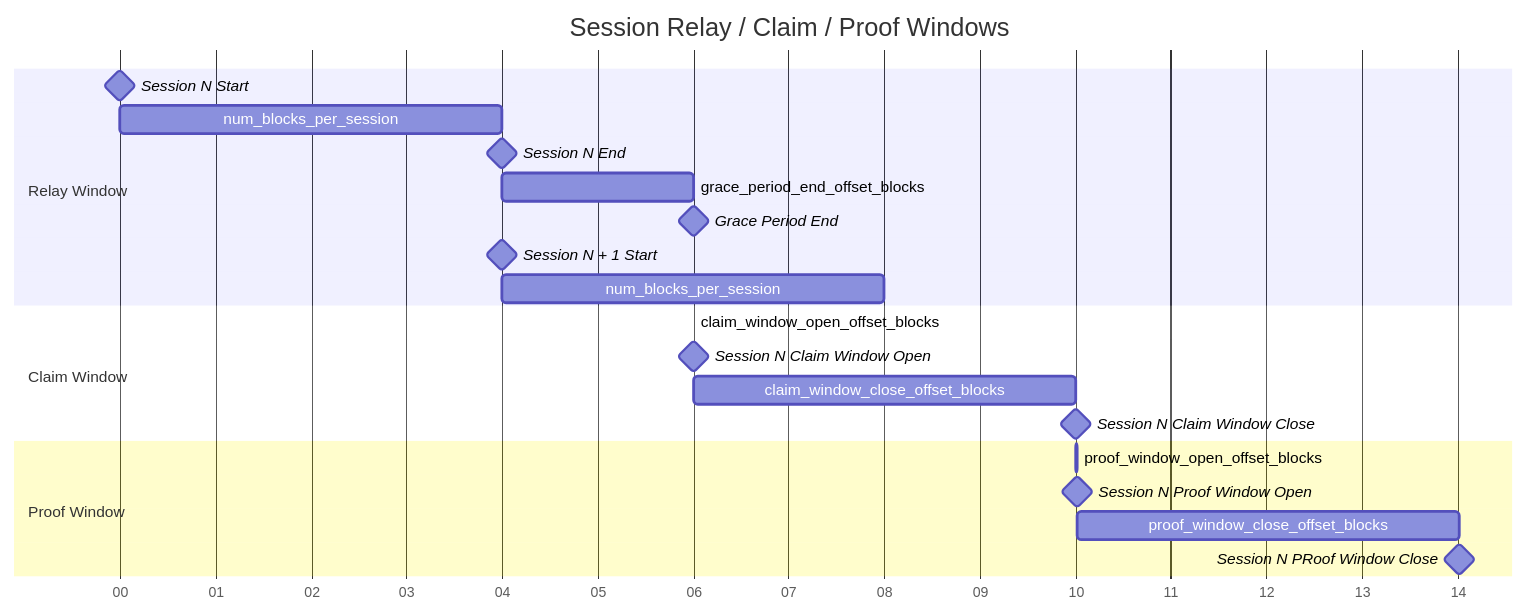
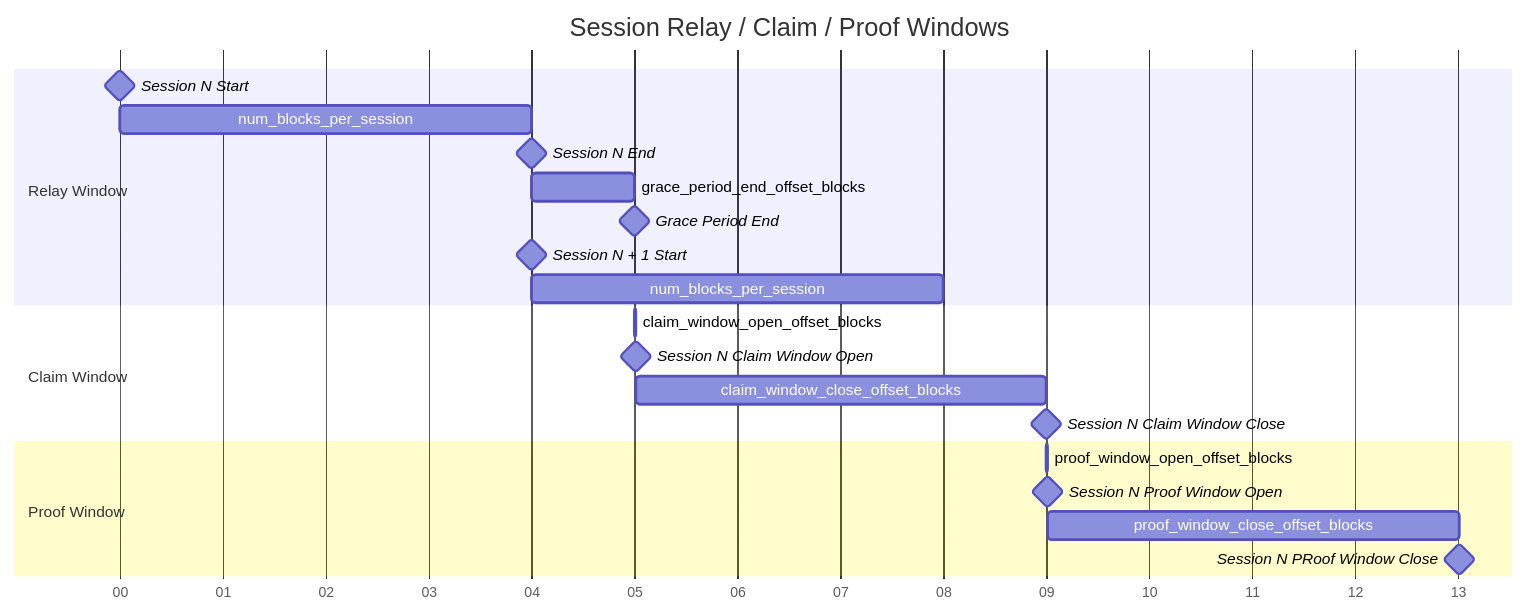
Before and after one commit to pokt-network/poktroll: the second of 17 diagrams in docusaurus/docs/protocol/primitives/claim_and_proof_lifecycle.md, drawn with Mermaid. The commit also changed other lines of this file, not shown here.

Commit message:
chore: review feedback improvements

````diff
--- a/docusaurus/docs/protocol/primitives/claim_and_proof_lifecycle.md
+++ b/docusaurus/docs/protocol/primitives/claim_and_proof_lifecycle.md
@@ -86,27 +86,27 @@
 ```mermaid
 gantt
     title Session Relay / Claim / Proof Windows
     dateFormat ss
     axisFormat %S
     tickInterval 1second
 
     section Relay Window
         Session N Start: milestone, sns, 00, 0s
         num_blocks_per_session: nbps, 00, 4s
         Session N End: milestone, sne, after nbps, 0s
-        grace_period_end_offset_blocks: gpof, after sne, 2s
+        grace_period_end_offset_blocks: gpof, after sne, 1s
         Grace Period End: milestone, gpe, after gpof, 0s
         Session N + 1 Start: milestone, sns1, after sne, 0s
         num_blocks_per_session: nbps2, after sns1, 4s
     section Claim Window
         claim_window_open_offset_blocks: cwob, after gpe, 10ms
         Session N Claim Window Open: milestone, cwo, after cwob, 0s
         claim_window_close_offset_blocks: cwcb, after cwo, 4s
         Session N Claim Window Close: milestone, cwc, after cwcb, 0s
     section Proof Window
         proof_window_open_offset_blocks: pwob, after cwc, 10ms
         Session N Proof Window Open: milestone, pwo, after pwob, 0s
         proof_window_close_offset_blocks: pwcb, after pwo, 4s
         Session N PRoof Window Close: milestone, pwc, after pwcb, 0s
 
 ```
````
